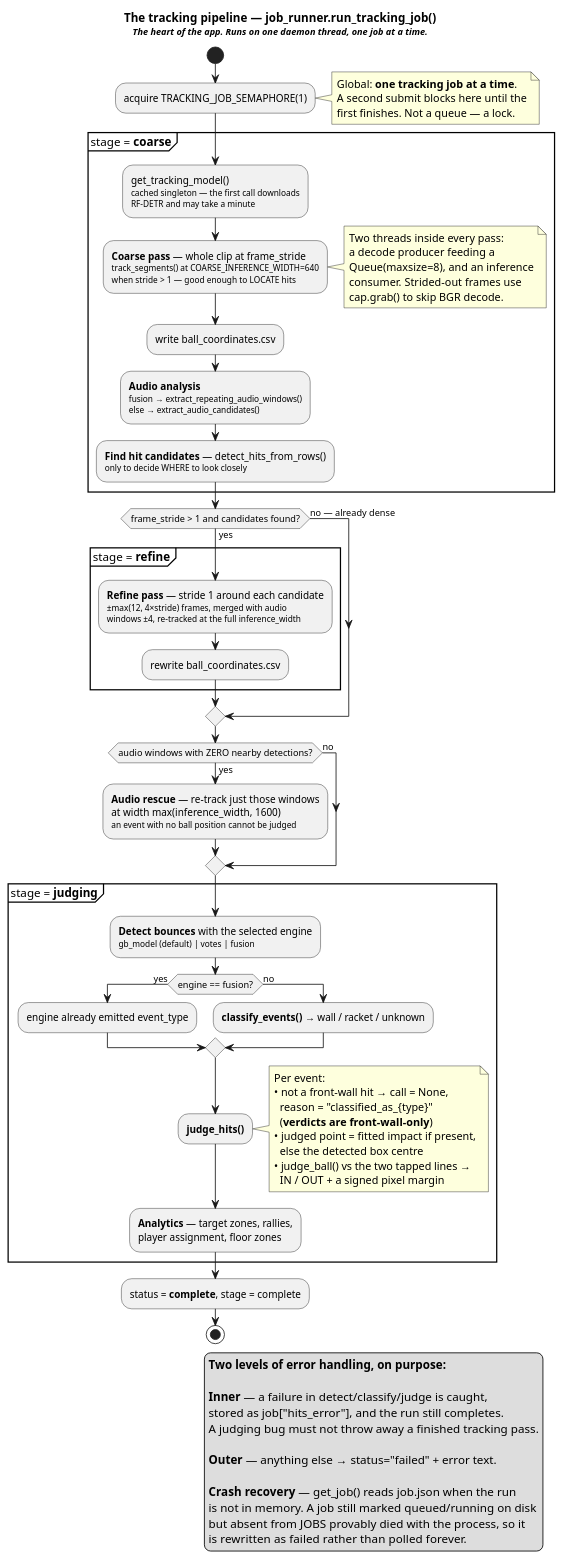
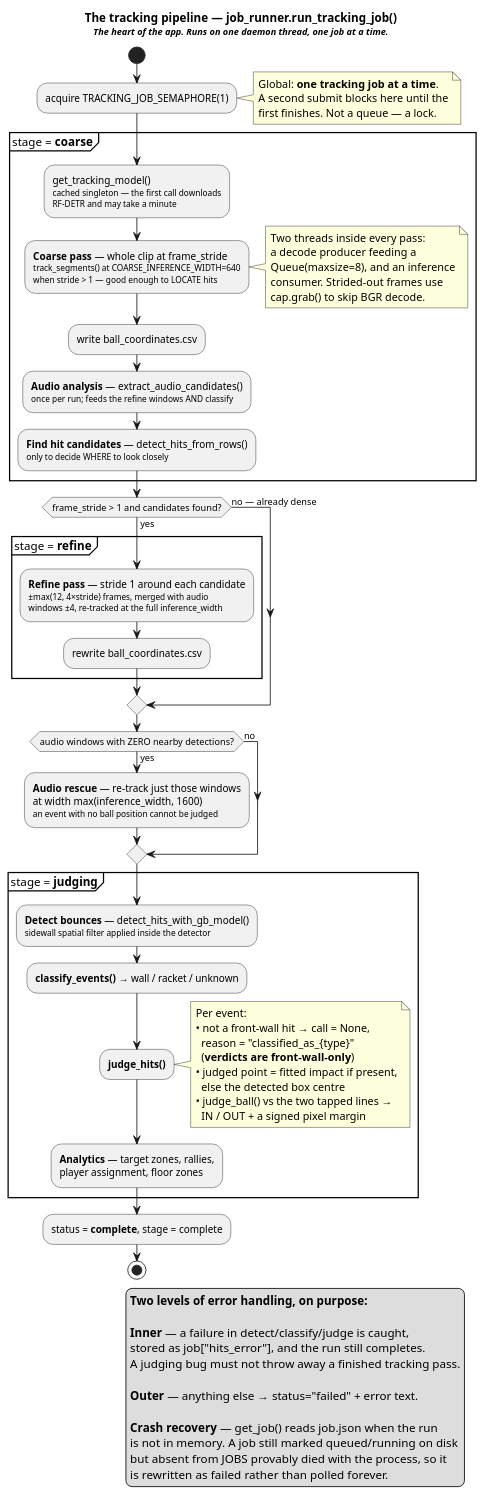
The third of 7 diagrams in docs/architecture.puml (redcappyal/UCSC-AI-Project), drawn with PlantUML before and after one commit. The commit also changed other lines of this file and 12 other files, not shown here.

```diff
--- a/docs/architecture.puml
+++ b/docs/architecture.puml
@@ -213,102 +208,97 @@
 @startuml tracking_pipeline
 title The tracking pipeline — job_runner.run_tracking_job()\n<size:11>//The heart of the app. Runs on one daemon thread, one job at a time.//</size>
 
 skinparam shadowing false
 skinparam ArrowFontSize 11
 
 start
 
 :acquire TRACKING_JOB_SEMAPHORE(1);
 note right
   Global: <b>one tracking job at a time</b>.
   A second submit blocks here until the
   first finishes. Not a queue — a lock.
 end note
 
 partition "stage = **coarse**" {
   :get_tracking_model()
   <size:10>cached singleton — the first call downloads</size>
   <size:10>RF-DETR and may take a minute</size>;
 
   :**Coarse pass** — whole clip at frame_stride
   <size:10>track_segments() at COARSE_INFERENCE_WIDTH=640</size>
   <size:10>when stride > 1 — good enough to LOCATE hits</size>;
   note right
     Two threads inside every pass:
     a decode producer feeding a
     Queue(maxsize=8), and an inference
     consumer. Strided-out frames use
     cap.grab() to skip BGR decode.
   end note
 
   :write ball_coordinates.csv;
 
-  :**Audio analysis**
-  <size:10>fusion → extract_repeating_audio_windows()</size>
-  <size:10>else → extract_audio_candidates()</size>;
+  :**Audio analysis** — extract_audio_candidates()
+  <size:10>once per run; feeds the refine windows AND classify</size>;
 
   :**Find hit candidates** — detect_hits_from_rows()
   <size:10>only to decide WHERE to look closely</size>;
 }
 
 if (frame_stride > 1 and candidates found?) then (yes)
   partition "stage = **refine**" {
     :**Refine pass** — stride 1 around each candidate
     <size:10>±max(12, 4×stride) frames, merged with audio</size>
     <size:10>windows ±4, re-tracked at the full inference_width</size>;
     :rewrite ball_coordinates.csv;
   }
 else (no — already dense)
 endif
 
 if (audio windows with ZERO nearby detections?) then (yes)
   :**Audio rescue** — re-track just those windows
   at width max(inference_width, 1600)
   <size:10>an event with no ball position cannot be judged</size>;
 else (no)
 endif
 
 partition "stage = **judging**" {
-  :**Detect bounces** with the selected engine
-  <size:10>gb_model (default) | votes | fusion</size>;
-  if (engine == fusion?) then (yes)
-    :engine already emitted event_type;
-  else (no)
-    :**classify_events()** → wall / racket / unknown;
-  endif
+  :**Detect bounces** — detect_hits_with_gb_model()
+  <size:10>sidewall spatial filter applied inside the detector</size>;
+  :**classify_events()** → wall / racket / unknown;
 
   :**judge_hits()**;
   note right
     Per event:
     • not a front-wall hit → call = None,
       reason = "classified_as_{type}"
       (<b>verdicts are front-wall-only</b>)
     • judged point = fitted impact if present,
       else the detected box centre
     • judge_ball() vs the two tapped lines →
       IN / OUT + a signed pixel margin
   end note
 
   :**Analytics** — target zones, rallies,
   player assignment, floor zones;
 }
 
 :status = **complete**, stage = complete;
 stop
 
 legend right
   <b>Two levels of error handling, on purpose:</b>
 
   <b>Inner</b> — a failure in detect/classify/judge is caught,
   stored as job["hits_error"], and the run still completes.
   A judging bug must not throw away a finished tracking pass.
 
   <b>Outer</b> — anything else → status="failed" + error text.
 
   <b>Crash recovery</b> — get_job() reads job.json when the run
   is not in memory. A job still marked queued/running on disk
   but absent from JOBS provably died with the process, so it
   is rewritten as failed rather than polled forever.
 endlegend
 
 @enduml
```
